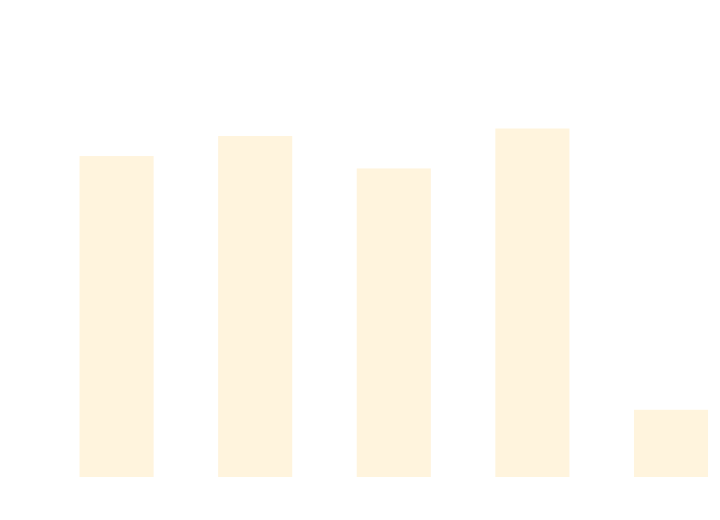
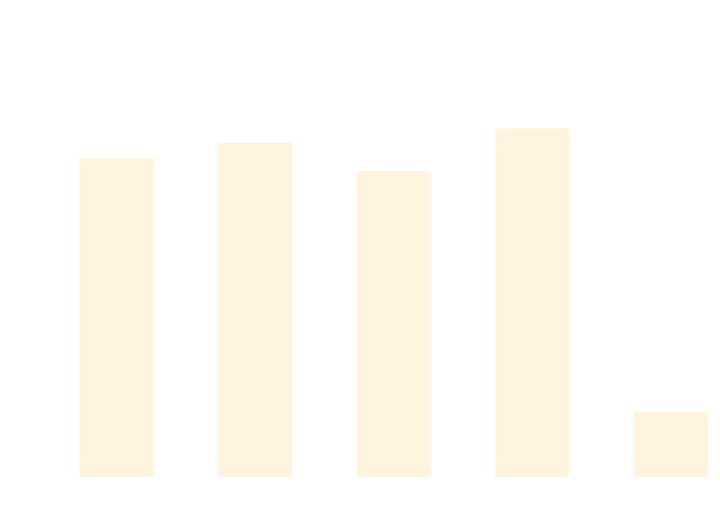
One commit to thomhurst/TUnit changed the diagram in docs/docs/benchmarks/AsyncTests.md. Above: the diagram before and after it, drawn with Mermaid. The commit also changed other lines of this file and 17 other files, not shown here.

````diff
--- a/docs/docs/benchmarks/AsyncTests.md
+++ b/docs/docs/benchmarks/AsyncTests.md
@@ -27,37 +27,37 @@
 ```mermaid
 %%{init: {
   'theme':'base',
   'themeVariables': {
     'primaryColor': '#2563eb',
     'primaryTextColor': '#ffffff',
     'primaryBorderColor': '#1e40af',
     'lineColor': '#6b7280',
     'secondaryColor': '#7c3aed',
     'tertiaryColor': '#dc2626',
     'background': '#ffffff',
     'mainBkg': '#2563eb',
     'secondBkg': '#7c3aed',
     'tertiaryBkg': '#dc2626',
     'clusterBkg': '#f3f4f6',
     'edgeLabelBackground': '#ffffff',
     'tertiaryTextColor': '#1f2937',
     'pie1': '#2563eb',
     'pie2': '#7c3aed',
     'pie3': '#dc2626',
     'pie4': '#f59e0b',
     'pie5': '#10b981',
     'pie6': '#06b6d4',
     'pie7': '#ec4899',
     'pie8': '#6366f1',
     'pie9': '#84cc16',
     'pie10': '#f97316',
     'pie11': '#14b8a6',
     'pie12': '#a855f7'
   }
 }}%%
 xychart-beta
   title "AsyncTests Performance Comparison"
   x-axis ["TUnit", "NUnit", "MSTest", "xUnit3", "TUnit_AOT"]
-  y-axis "Time (ms)" 0 --> 849
-  bar [649.6, 691.2, 623.9, 706.8, 122.9]
+  y-axis "Time (ms)" 0 --> 900
+  bar [684.1, 717.4, 655.8, 749.5, 125.6]
 ```
````
